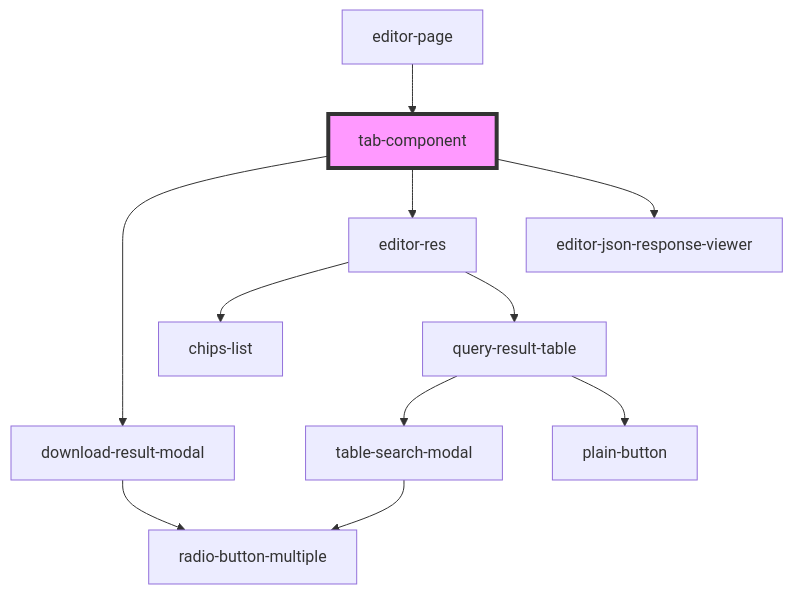
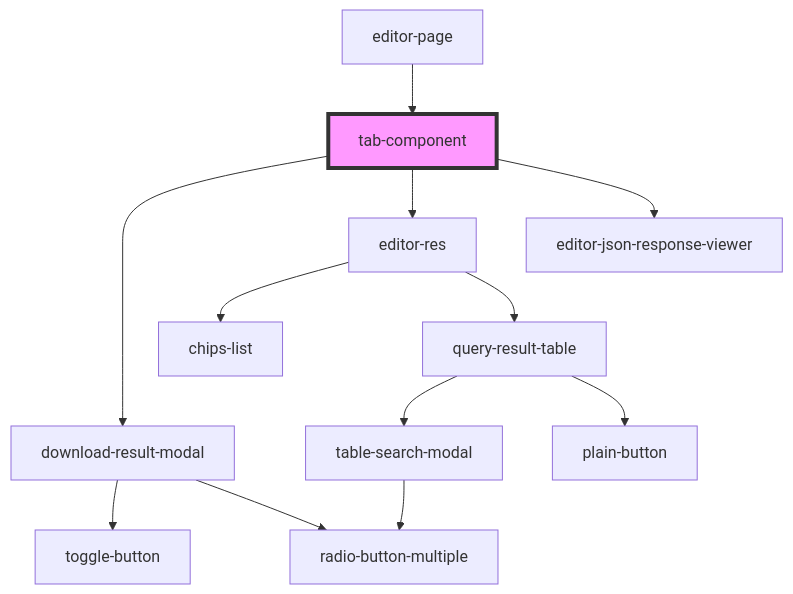
One commit to techvariable/NeptuneConnectComponents changed the diagram in src/components/editorPage/tab-component/readme.md. Above: the diagram before and after it, drawn with Mermaid. The commit also changed 13 other files, not shown here.

````diff
--- a/src/components/editorPage/tab-component/readme.md
+++ b/src/components/editorPage/tab-component/readme.md
@@ -21,14 +21,15 @@
 ```mermaid
 graph TD;
   tab-component --> download-result-modal
   tab-component --> editor-res
   tab-component --> editor-json-response-viewer
+  download-result-modal --> toggle-button
   download-result-modal --> radio-button-multiple
   editor-res --> chips-list
   editor-res --> query-result-table
   query-result-table --> table-search-modal
   query-result-table --> plain-button
   table-search-modal --> radio-button-multiple
   editor-page --> tab-component
   style tab-component fill:#f9f,stroke:#333,stroke-width:4px
 ```
````
